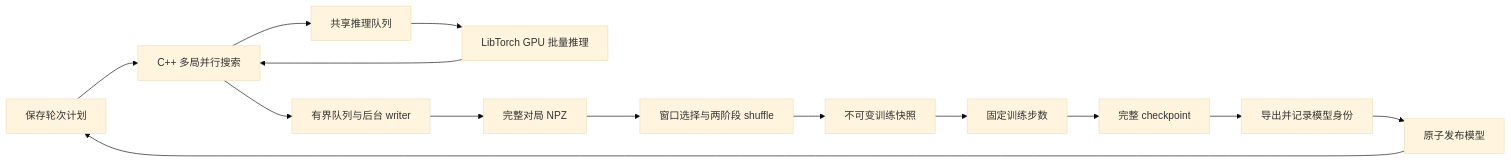
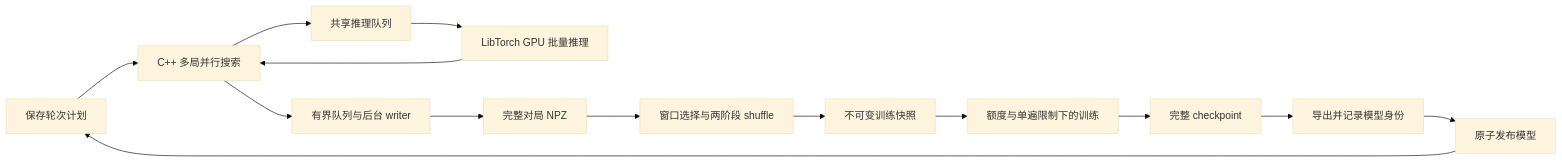
The diagram in EtaZero_V1.2/docs/implementation.md (Skywalker144/EtaZero-lab), drawn with Mermaid (base theme) before and after one commit. The commit also changed other lines of this file, not shown here.

Commit message:
Document graph inference and resumable stage behavior

````diff
--- a/EtaZero_V1.2/docs/implementation.md
+++ b/EtaZero_V1.2/docs/implementation.md
@@ -13,16 +13,16 @@
 ```mermaid
 flowchart LR
     C[保存轮次计划] --> G[C++ 多局并行搜索]
     G --> Q[共享推理队列]
     Q --> I[LibTorch GPU 批量推理]
     I --> G
     G --> W[有界队列与后台 writer]
     W --> R[完整对局 NPZ]
     R --> H[窗口选择与两阶段 shuffle]
     H --> D[不可变训练快照]
-    D --> T[固定训练步数]
+    D --> T[额度与单遍限制下的训练]
     T --> K[完整 checkpoint]
     K --> E[导出并记录模型身份]
     E --> M[原子发布模型]
     M --> C
 ```
````
